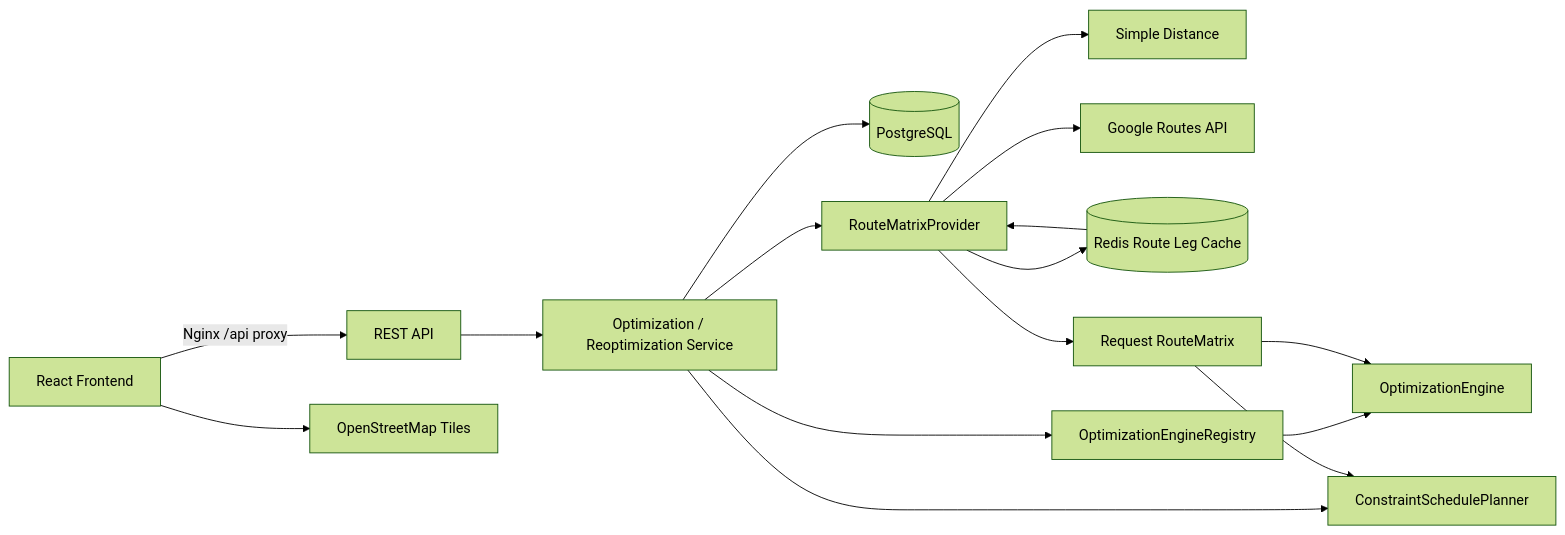
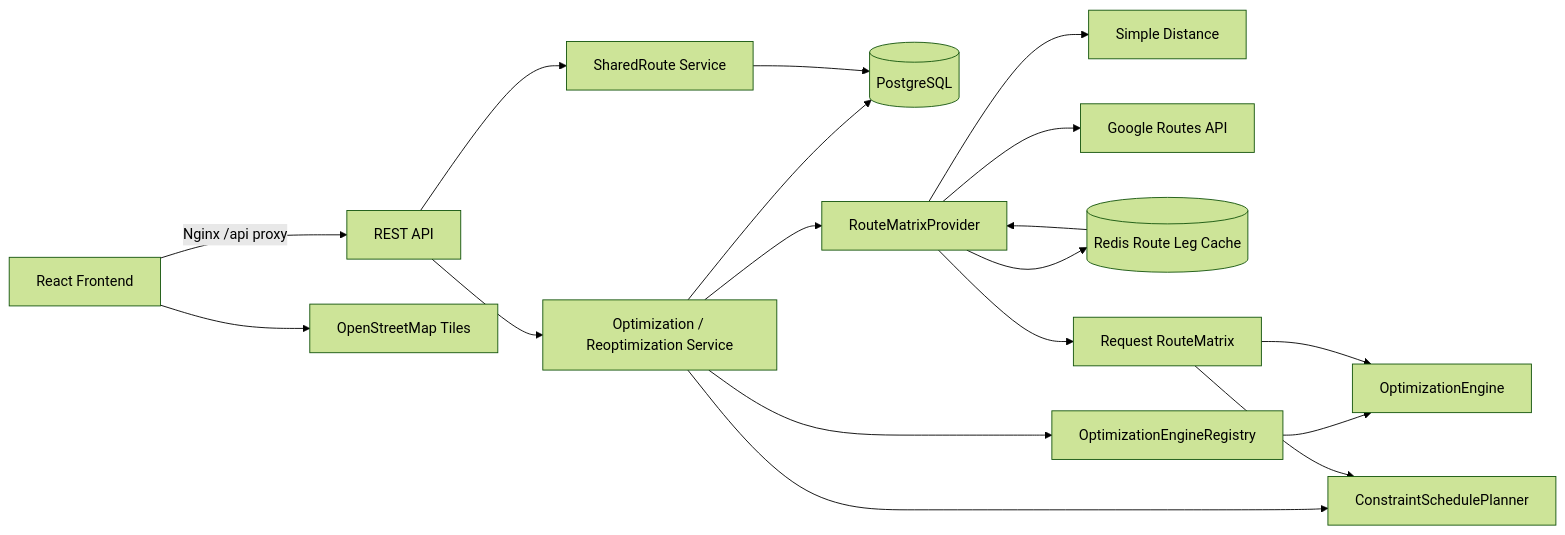
One commit to sungjuun/RoutePlan changed the first of 2 diagrams in README.md. Above: the diagram before and after it, drawn with Mermaid (forest theme). The commit also changed other lines of this file, not shown here.

Commit message:
docs: V7 공유 Route 설계와 사용 흐름 기록

````diff
--- a/README.md
+++ b/README.md
@@ -116,18 +127,20 @@
 ```mermaid
 flowchart LR
     WEB[React Frontend] -->|Nginx /api proxy| API[REST API]
     WEB --> OSM[OpenStreetMap Tiles]
     API --> APP[Optimization / Reoptimization Service]
+    API --> COMMUNITY[SharedRoute Service]
     APP --> DB[(PostgreSQL)]
+    COMMUNITY --> DB
     APP --> MATRIX[RouteMatrixProvider]
     MATRIX --> SIMPLE[Simple Distance]
     MATRIX --> GOOGLE[Google Routes API]
     MATRIX --> CACHE[(Redis Route Leg Cache)]
     CACHE --> MATRIX
     APP --> REGISTRY[OptimizationEngineRegistry]
     REGISTRY --> ENGINE[OptimizationEngine]
     MATRIX --> ROUTE[Request RouteMatrix]
     ROUTE --> ENGINE
     APP --> PLANNER[ConstraintSchedulePlanner]
     ROUTE --> PLANNER
 ```
````
